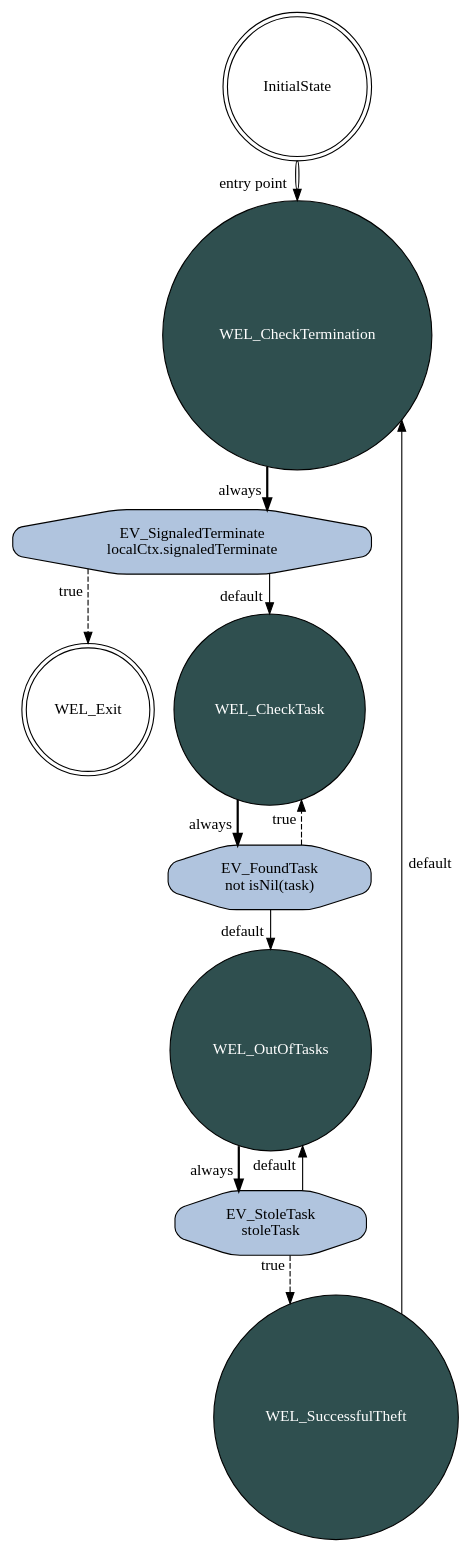
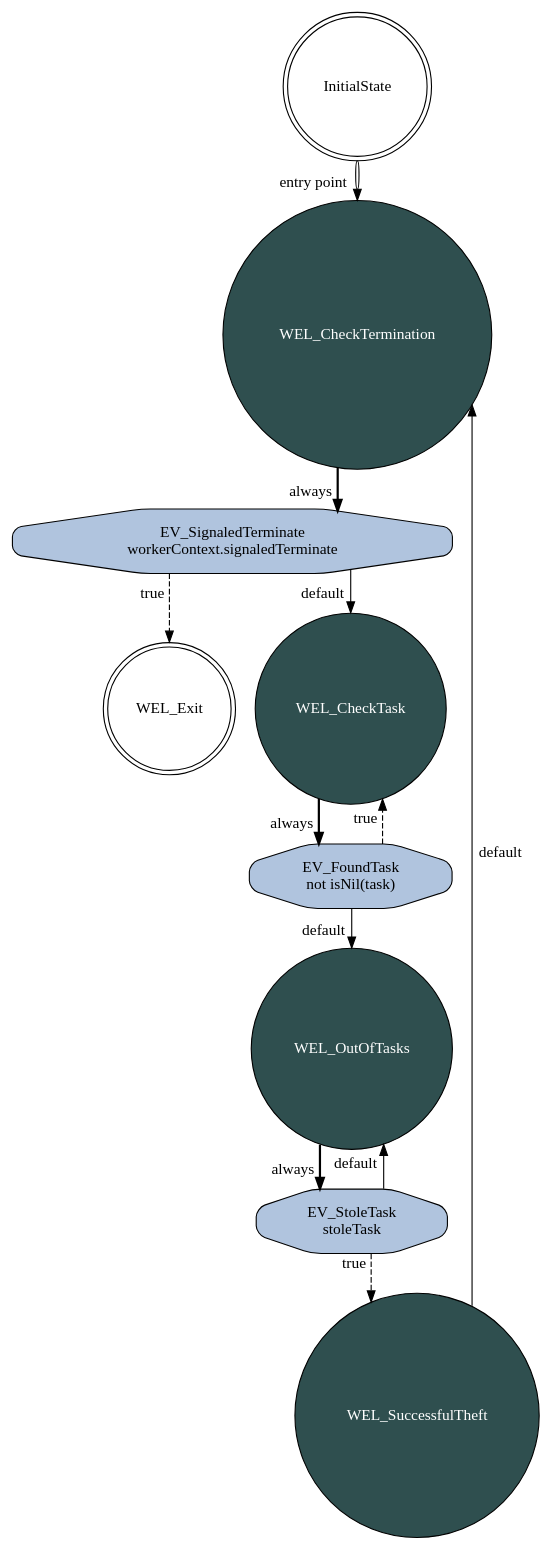
Before and after one commit to mratsim/weave: the diagram in weave/state_machines/event_loop.dot, drawn with Graphviz. The commit also changed 17 other files, not shown here.

```diff
--- a/weave/state_machines/event_loop.dot
+++ b/weave/state_machines/event_loop.dot
@@ -1,20 +1,20 @@
 digraph workerEventLoop{
     splines=ortho;
     node [shape = doublecircle]; InitialState WEL_Exit;
     node [shape = circle, fontcolor=white, fillcolor=darkslategrey, style="filled"]; WEL_CheckTask WEL_OutOfTasks WEL_CheckTermination WEL_SuccessfulTheft;
     InitialState -> WEL_CheckTermination [color="black:invis:black", xlabel="entry point"];
     node [shape = octagon, fontcolor=black, fillcolor=lightsteelblue, style="rounded,filled"]; WEL_CheckTask_EV_FoundTask WEL_OutOfTasks_EV_StoleTask WEL_CheckTermination_EV_SignaledTerminate ;
     WEL_CheckTask_EV_FoundTask [label="EV_FoundTask\nnot isNil(task)"];
     WEL_OutOfTasks_EV_StoleTask [label="EV_StoleTask\nstoleTask"];
-    WEL_CheckTermination_EV_SignaledTerminate [label="EV_SignaledTerminate\nlocalCtx.signaledTerminate"];
+    WEL_CheckTermination_EV_SignaledTerminate [label="EV_SignaledTerminate\nworkerContext.signaledTerminate"];
     WEL_CheckTask -> WEL_CheckTask_EV_FoundTask[style=bold, xlabel="always"];
     WEL_CheckTask_EV_FoundTask -> WEL_CheckTask [style=dashed, xlabel="true"];
     WEL_CheckTask_EV_FoundTask -> WEL_OutOfTasks [xlabel="default"];
     WEL_OutOfTasks -> WEL_OutOfTasks_EV_StoleTask[style=bold, xlabel="always"];
     WEL_OutOfTasks_EV_StoleTask -> WEL_SuccessfulTheft [style=dashed, xlabel="true"];
     WEL_OutOfTasks_EV_StoleTask -> WEL_OutOfTasks [xlabel="default"];
     WEL_CheckTermination -> WEL_CheckTermination_EV_SignaledTerminate[style=bold, xlabel="always"];
     WEL_CheckTermination_EV_SignaledTerminate -> WEL_Exit [style=dashed, xlabel="true"];
     WEL_CheckTermination_EV_SignaledTerminate -> WEL_CheckTask [xlabel="default"];
     WEL_SuccessfulTheft -> WEL_CheckTermination [xlabel="default"];
 }
```
